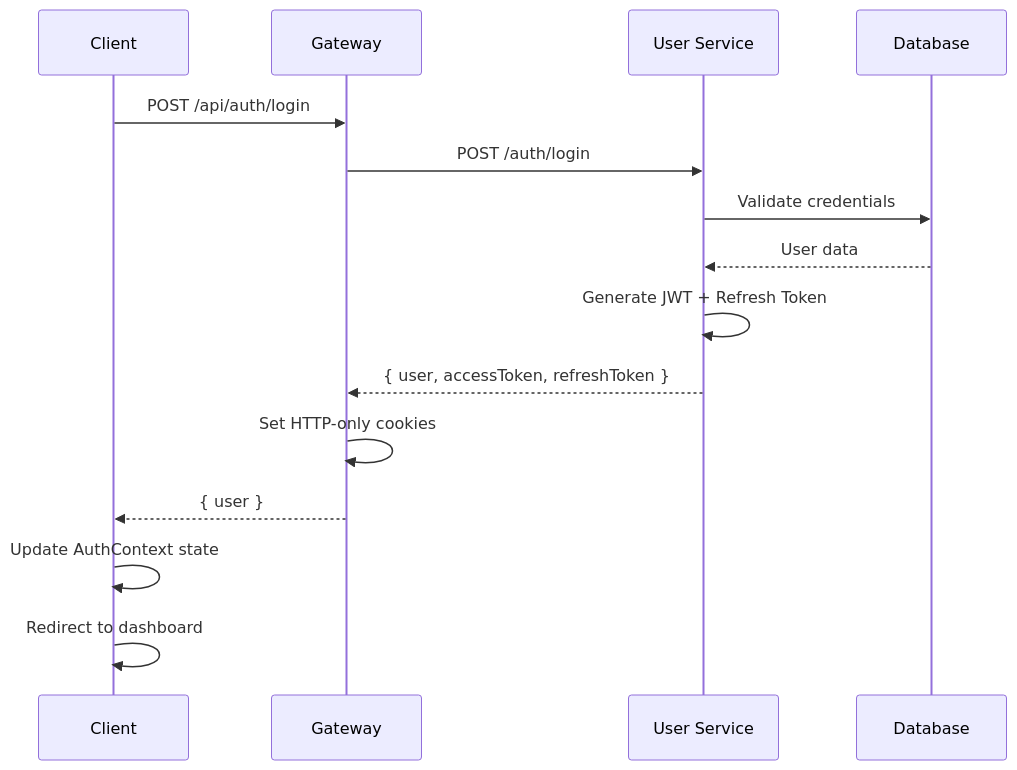
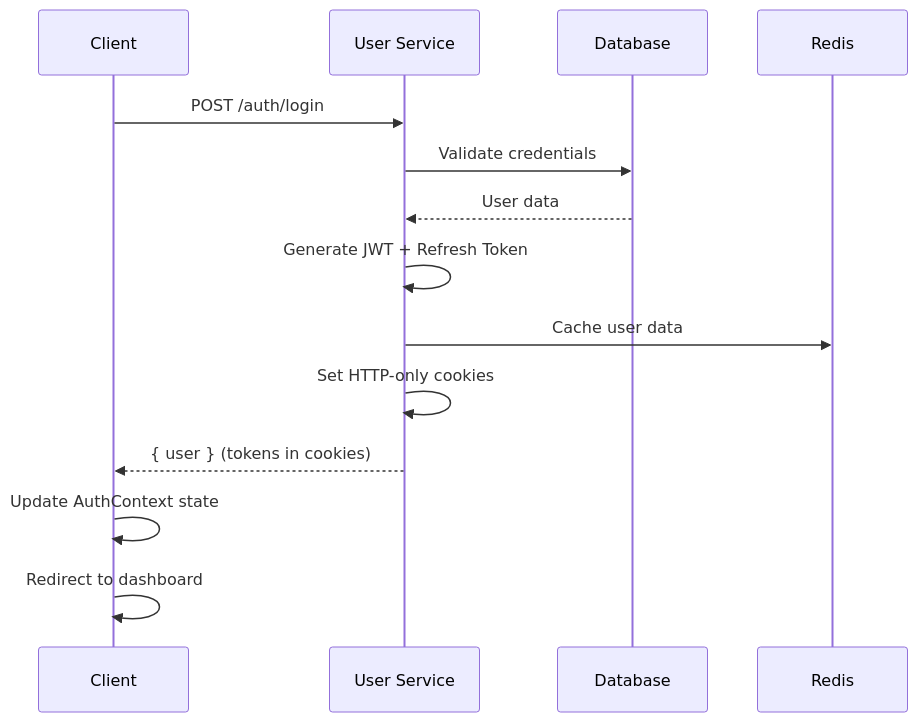
The second of 6 diagrams in docs/AUTHENTICATION.md (yaser-alazm/TMS), drawn with Mermaid before and after one commit. The commit also changed other lines of this file and 1 other file, not shown here.

````diff
--- a/docs/AUTHENTICATION.md
+++ b/docs/AUTHENTICATION.md
@@ -221,18 +225,17 @@
 ```mermaid
 sequenceDiagram
     participant C as Client
-    participant G as Gateway
     participant U as User Service
     participant D as Database
+    participant R as Redis
 
-    C->>G: POST /api/auth/login
-    G->>U: POST /auth/login
+    C->>U: POST /auth/login
     U->>D: Validate credentials
     D-->>U: User data
     U->>U: Generate JWT + Refresh Token
-    U-->>G: { user, accessToken, refreshToken }
-    G->>G: Set HTTP-only cookies
-    G-->>C: { user }
+    U->>R: Cache user data
+    U->>U: Set HTTP-only cookies
+    U-->>C: { user } (tokens in cookies)
     C->>C: Update AuthContext state
     C->>C: Redirect to dashboard
 ```
````
